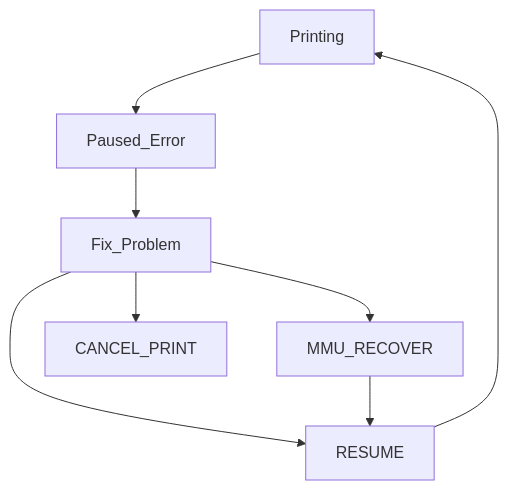
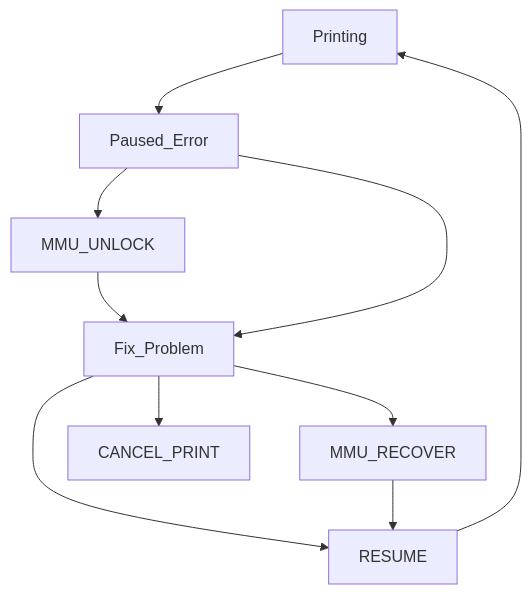
One commit to 3DCoded/Happy-Hare changed the diagram in Handling-Errors.md. Above: the diagram before and after it, drawn with Mermaid. The commit also changed other lines of this file and 2 other files, not shown here.

````diff
--- a/Handling-Errors.md
+++ b/Handling-Errors.md
@@ -62,10 +39,12 @@
 ```mermaid
     graph TD;
     Printing --> Paused_Error
+    Paused_Error --> MMU_UNLOCK
+    MMU_UNLOCK --> Fix_Problem
     Paused_Error --> Fix_Problem
     Fix_Problem --> RESUME
     Fix_Problem --> MMU_RECOVER
     Fix_Problem --> CANCEL_PRINT
     MMU_RECOVER --> RESUME
     RESUME --> Printing
 ```
````
